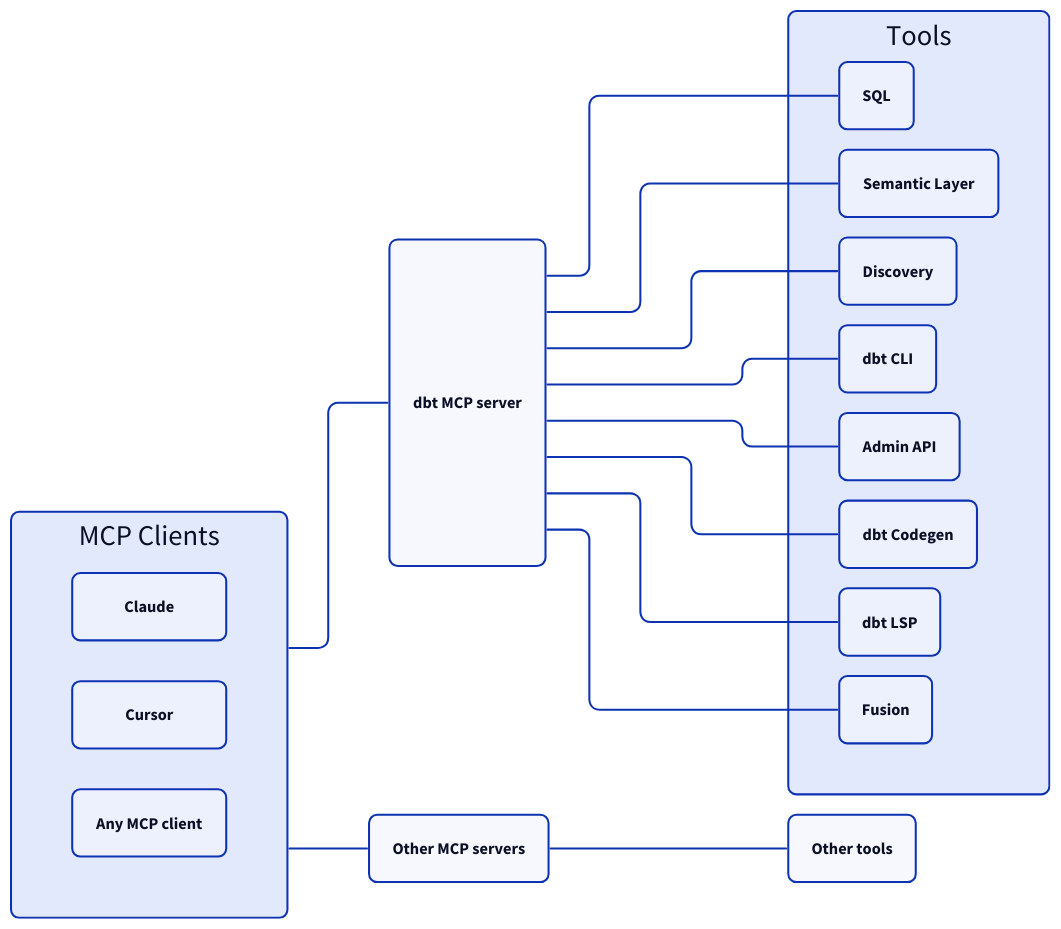
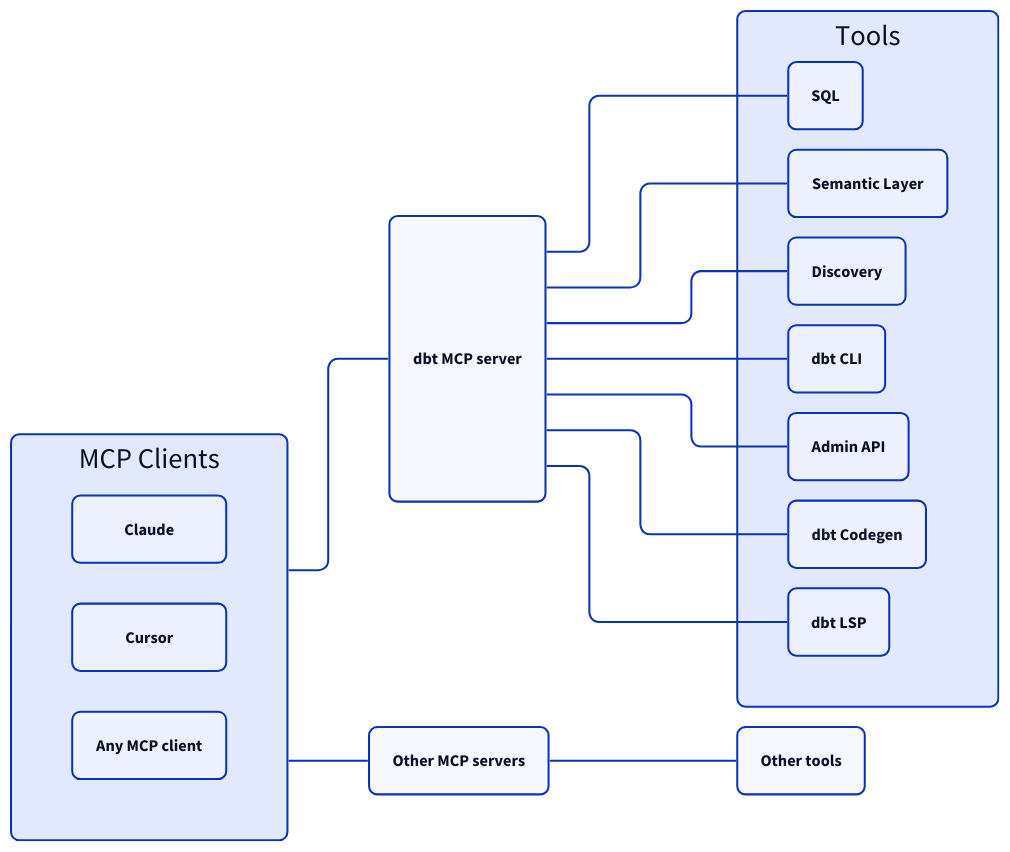
One commit to dbt-labs/dbt-mcp changed the diagram in docs/diagram.d2. Above: the diagram before and after it, drawn with D2. The commit also changed 5 other files, not shown here.

```diff
--- a/docs/diagram.d2
+++ b/docs/diagram.d2
@@ -1,80 +1,76 @@
 vars: {
   d2-config: {
     layout-engine: elk
   }
 }
 
 direction: right
 *.style.border-radius: 8
 
 classes: {
   container: {
     grid-columns: 2
     grid-rows: 2
     grid-gap: 10
     width: 600
     *.style.border-radius: 8
   }
 
   big-container: {
     grid-columns: 2
     grid-rows: 4
     grid-gap: 10
     width: 600
     *.style.border-radius: 8
   }
 }
 
 mcp: dbt MCP server
 
 tools: Tools {
   sql: SQL {
     style.border-radius: 8
   }
 
   semantic_layer: Semantic Layer {
     style.border-radius: 8
   }
 
   discovery: Discovery {
     style.border-radius: 8
   }
 
   dbt_cli: dbt CLI {
     style.border-radius: 8
   }
 
   admin_api: Admin API {
     style.border-radius: 8
   }
 
   dbt_codegen: dbt Codegen {
     style.border-radius: 8
   }
 
   dbt_lsp: dbt LSP {
     style.border-radius: 8
   }
 
-  fusion: Fusion {
-    style.border-radius: 8
-  }
-
 }
 
 mcp -- tools.*
 
 clients: MCP Clients {
   grid-columns: 1
   *.style.border-radius: 8
   Claude
   Cursor
   mcp_clients: Any MCP client
 }
 
 other_mcp: Other MCP servers
 other_tools: Other tools
 
 clients -- mcp
 clients -- other_mcp
 other_mcp -- other_tools
```
